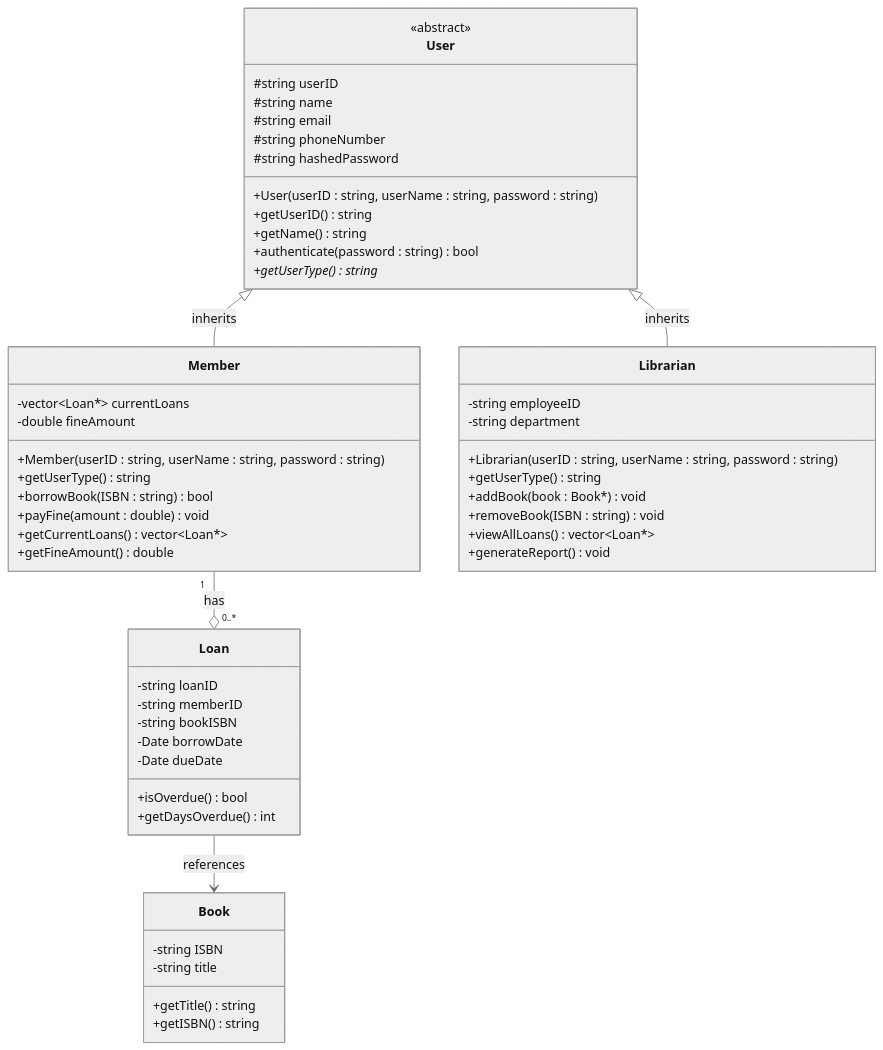
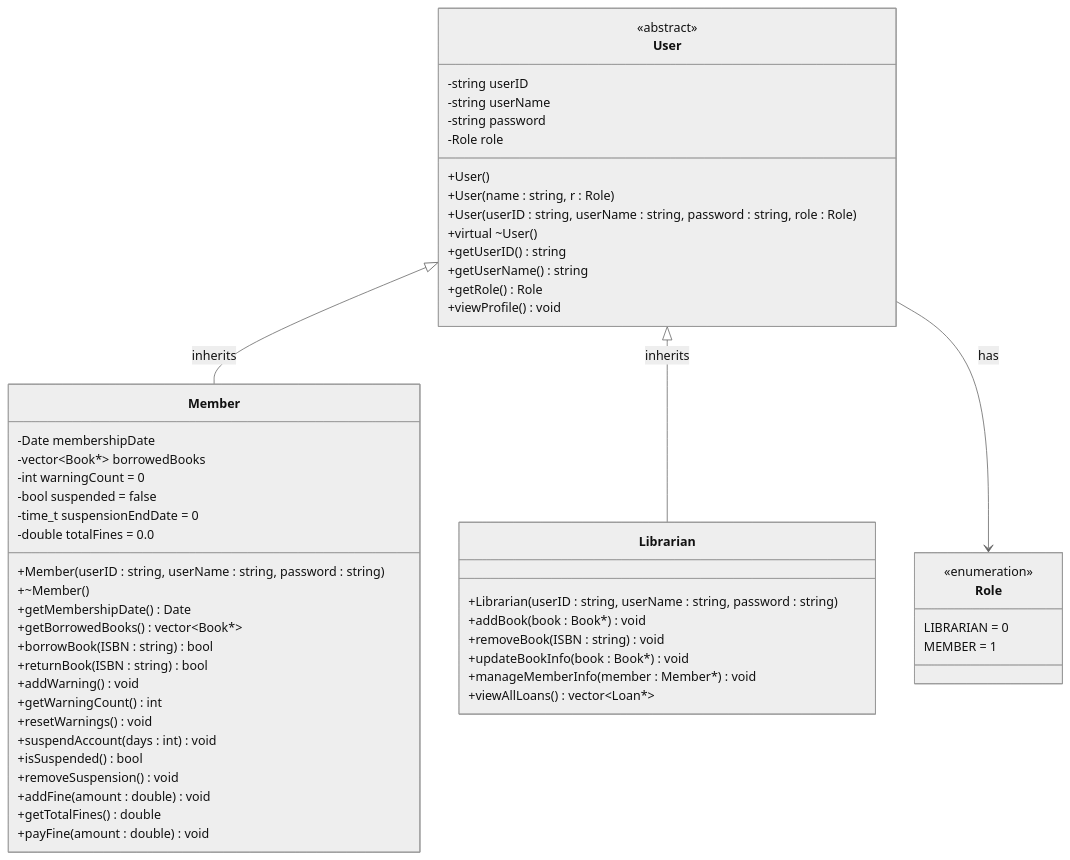
Diagram 13 of 29 in docs/report.md (DankDaPancake/LibraryManagementSystem), drawn with Mermaid (neutral theme) before and after one commit. The commit also changed 30 other files, not shown here.

````diff
--- a/docs/report.md
+++ b/docs/report.md
@@ -1270,63 +1270,62 @@
 ```mermaid
 classDiagram
+    class Role {
+        <<enumeration>>
+        LIBRARIAN = 0
+        MEMBER = 1
+    }
+    
     class User {
         <<abstract>>
-        #string userID
-        #string name
-        #string email
-        #string phoneNumber
-        #string hashedPassword
-        +User(userID : string, userName : string, password : string)
+        -string userID
+        -string userName
+        -string password
+        -Role role
+        +User()
+        +User(name : string, r : Role)
+        +User(userID : string, userName : string, password : string, role : Role)
+        +virtual ~User()
         +getUserID() string
-        +getName() string
-        +authenticate(password : string) bool
-        +getUserType()* string
+        +getUserName() string
+        +getRole() Role
+        +viewProfile() void
     }
     
     class Member {
-        -vector~Loan*~ currentLoans
-        -double fineAmount
+        -Date membershipDate
+        -vector~Book*~ borrowedBooks
+        -int warningCount = 0
+        -bool suspended = false
+        -time_t suspensionEndDate = 0
+        -double totalFines = 0.0
         +Member(userID : string, userName : string, password : string)
-        +getUserType() string
+        +~Member()
+        +getMembershipDate() Date
+        +getBorrowedBooks() vector~Book*~
         +borrowBook(ISBN : string) bool
+        +returnBook(ISBN : string) bool
+        +addWarning() void
+        +getWarningCount() int
+        +resetWarnings() void
+        +suspendAccount(days : int) void
+        +isSuspended() bool
+        +removeSuspension() void
+        +addFine(amount : double) void
+        +getTotalFines() double
         +payFine(amount : double) void
-        +getCurrentLoans() vector~Loan*~
-        +getFineAmount() double
     }
     
     class Librarian {
-        -string employeeID
-        -string department
         +Librarian(userID : string, userName : string, password : string)
-        +getUserType() string
         +addBook(book : Book*) void
         +removeBook(ISBN : string) void
+        +updateBookInfo(book : Book*) void
+        +manageMemberInfo(member : Member*) void
         +viewAllLoans() vector~Loan*~
-        +generateReport() void
-    }
-    
-    class Loan {
-        -string loanID
-        -string memberID
-        -string bookISBN
-        -Date borrowDate
-        -Date dueDate
-        +isOverdue() bool
-        +getDaysOverdue() int
-    }
-    
-    class Book {
-        -string ISBN
-        -string title
-        +getTitle() string
-        +getISBN() string
     }
     
     %% Inheritance relationships
     User <|-- Member : inherits
     User <|-- Librarian : inherits
-    
-    %% Associations
-    Member "1" --o "0..*" Loan : has
-    Loan --> Book : references
+    User --> Role : has
 ```
````
